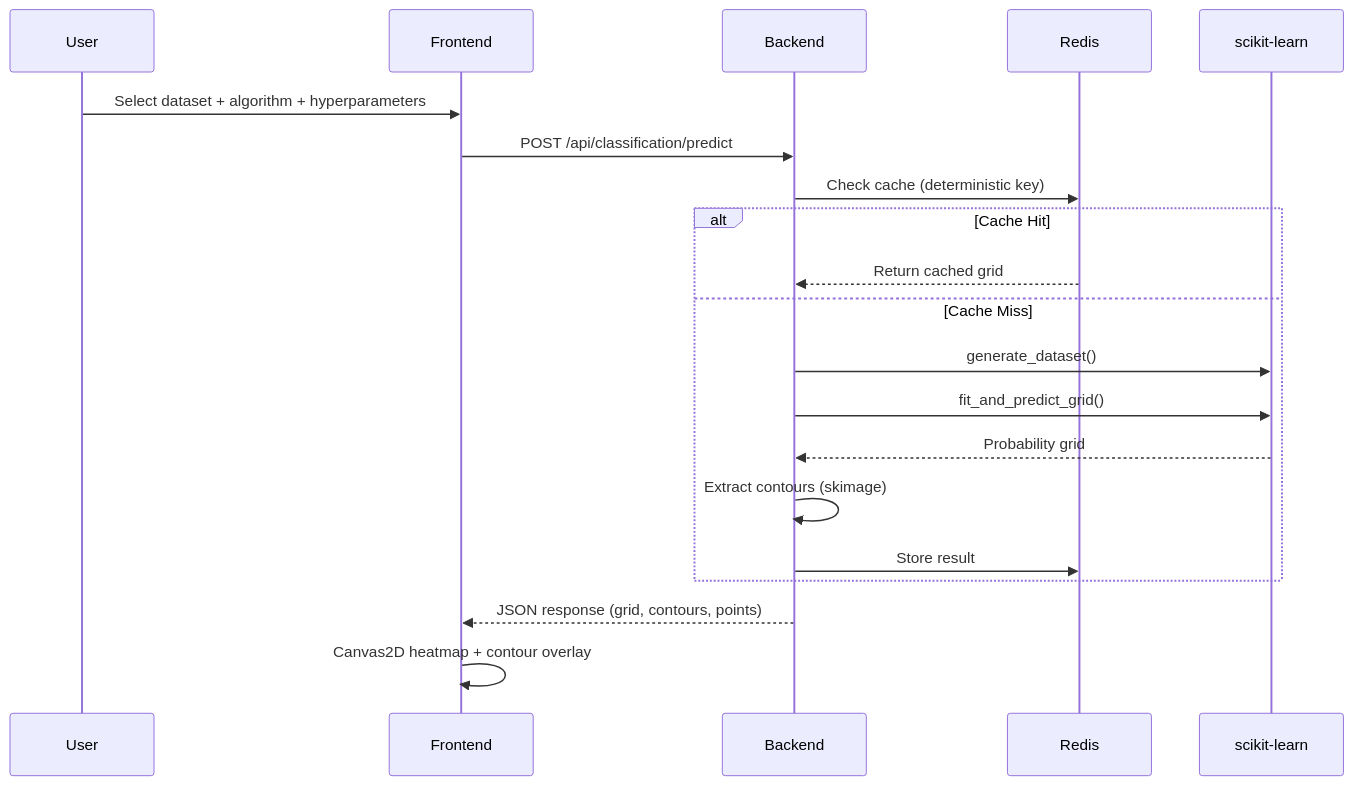
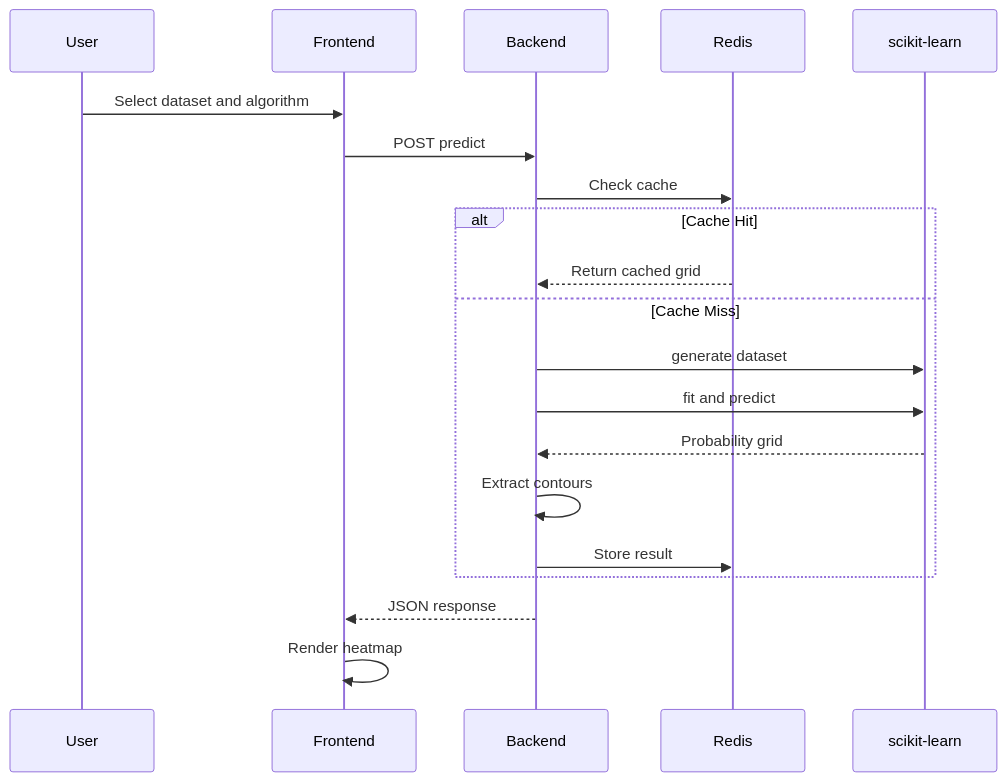
The second of 3 diagrams in README.md (mahirmlk/Confluence), drawn with Mermaid before and after one commit. The commit also changed other lines of this file, not shown here.

Commit message:
docs(readme): simplify Mermaid diagrams for GitHub compatibility

````diff
--- a/README.md
+++ b/README.md
@@ -244,23 +239,23 @@
 ```mermaid
 sequenceDiagram
     participant U as User
     participant FE as Frontend
     participant BE as Backend
     participant RD as Redis
     participant ML as scikit-learn
 
-    U->>FE: Select dataset + algorithm + hyperparameters
-    FE->>BE: POST /api/classification/predict
-    BE->>RD: Check cache (deterministic key)
+    U->>FE: Select dataset and algorithm
+    FE->>BE: POST predict
+    BE->>RD: Check cache
     alt Cache Hit
         RD-->>BE: Return cached grid
     else Cache Miss
-        BE->>ML: generate_dataset()
-        BE->>ML: fit_and_predict_grid()
+        BE->>ML: generate dataset
+        BE->>ML: fit and predict
         ML-->>BE: Probability grid
-        BE->>BE: Extract contours (skimage)
+        BE->>BE: Extract contours
         BE->>RD: Store result
     end
-    BE-->>FE: JSON response (grid, contours, points)
-    FE->>FE: Canvas2D heatmap + contour overlay
+    BE-->>FE: JSON response
+    FE->>FE: Render heatmap
 ```
````
